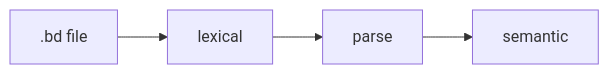
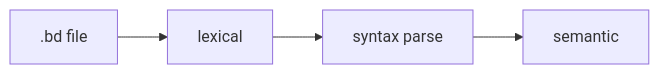
Before and after one commit to Cyber-Nomad-Collective/beskid: the diagram in site/website/src/content/docs/book/07-compiler-is-not-your-therapist/lexical-basics.md, drawn with Mermaid. The commit also changed other lines of this file and 1455 other files, not shown here.

````diff
--- a/site/website/src/content/docs/book/07-compiler-is-not-your-therapist/lexical-basics.md
+++ b/site/website/src/content/docs/book/07-compiler-is-not-your-therapist/lexical-basics.md
@@ -35,6 +35,6 @@
 ```mermaid
 flowchart LR
   SRC[.bd file] --> LEX[lexical]
-  LEX --> PAR[parse]
+  LEX --> PAR[syntax parse]
   PAR --> SEM[semantic]
 ```
````
